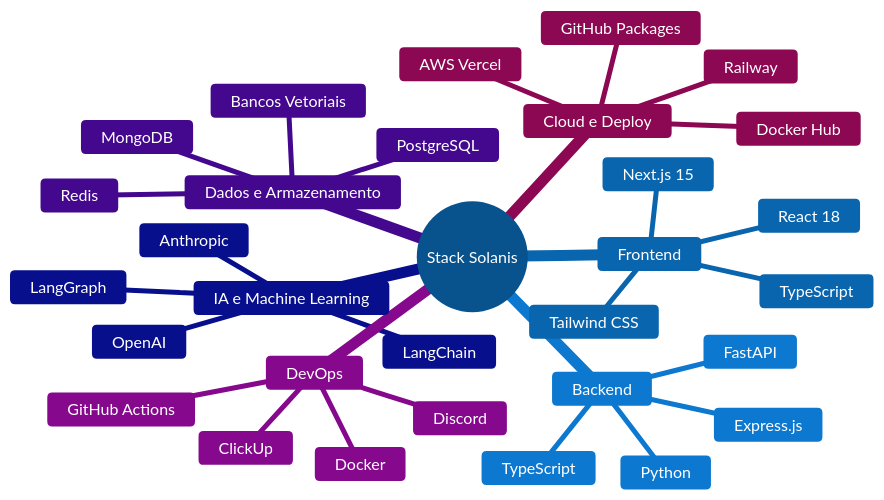
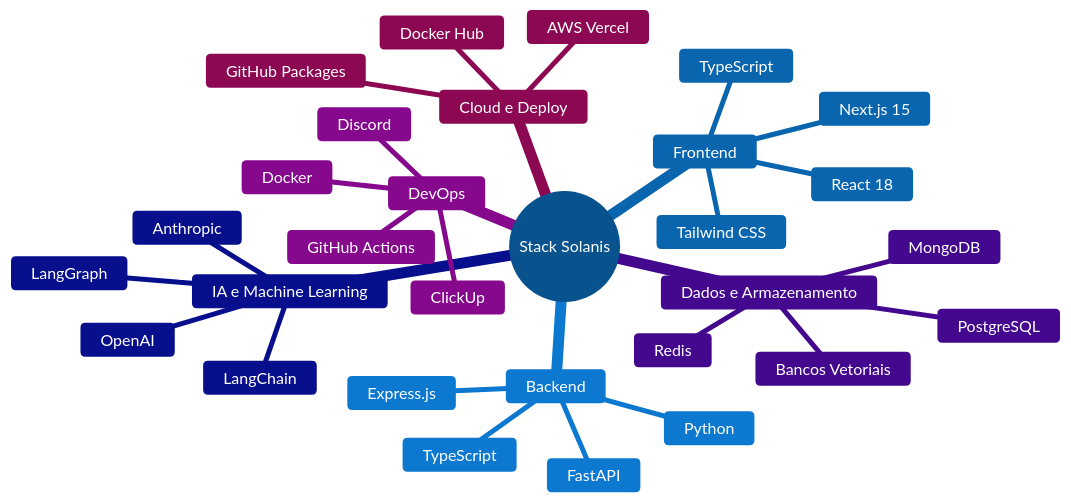
One commit to solanisdev/solar changed the first of 21 diagrams in README.md. Above: the diagram before and after it, drawn with Mermaid.

````diff
--- a/README.md
+++ b/README.md
@@ -33,35 +33,34 @@
 ```mermaid
 %%{init: {'theme':'base', 'themeVariables': {'primaryColor':'#2196F3','primaryTextColor':'#ffffff','primaryBorderColor':'#1976D2','lineColor':'#0D47A1','secondaryColor':'#42A5F5','tertiaryColor':'#64B5F6','background':'#ffffff','mainBkg':'#2196F3','secondaryBkg':'#1E88E5','tertiaryBkg':'#1976D2'}}}%%
 mindmap
   root((Stack Solanis))
     Frontend
       Next.js 15
       React 18
       TypeScript
       Tailwind CSS
     Backend
       FastAPI
       Express.js
       TypeScript
       Python
     IA e Machine Learning
       LangChain
       LangGraph
       OpenAI
       Anthropic
     Dados e Armazenamento
       PostgreSQL
       MongoDB
       Redis
       Bancos Vetoriais
     DevOps
       Docker
       GitHub Actions
       ClickUp
       Discord
     Cloud e Deploy
       AWS Vercel
-      Railway
       Docker Hub
       GitHub Packages
 ```
````
